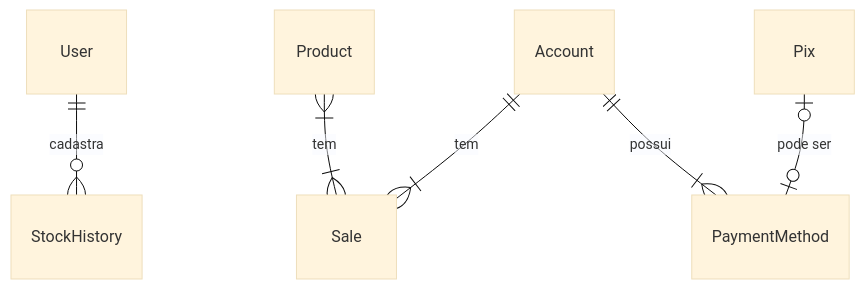
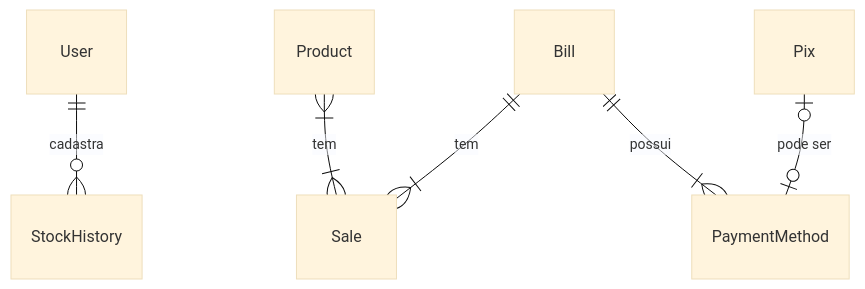
The second of 2 diagrams in docs/doc_modelo.md (vitordaniel31/sisvenda), drawn with Mermaid (base theme) before and after one commit. The commit also changed other lines of this file, not shown here.

````diff
--- a/docs/doc_modelo.md
+++ b/docs/doc_modelo.md
@@ -115,8 +115,8 @@
 ```mermaid
 erDiagram
     User ||--o{ StockHistory : "cadastra"
     Product }|--|{ Sale : "tem"
-    Account ||--|{ Sale : "tem"
-    Account ||--|{ PaymentMethod : "possui"
+    Bill ||--|{ Sale : "tem"
+    Bill ||--|{ PaymentMethod : "possui"
     Pix |o--o| PaymentMethod : "pode ser"
 ```
````
